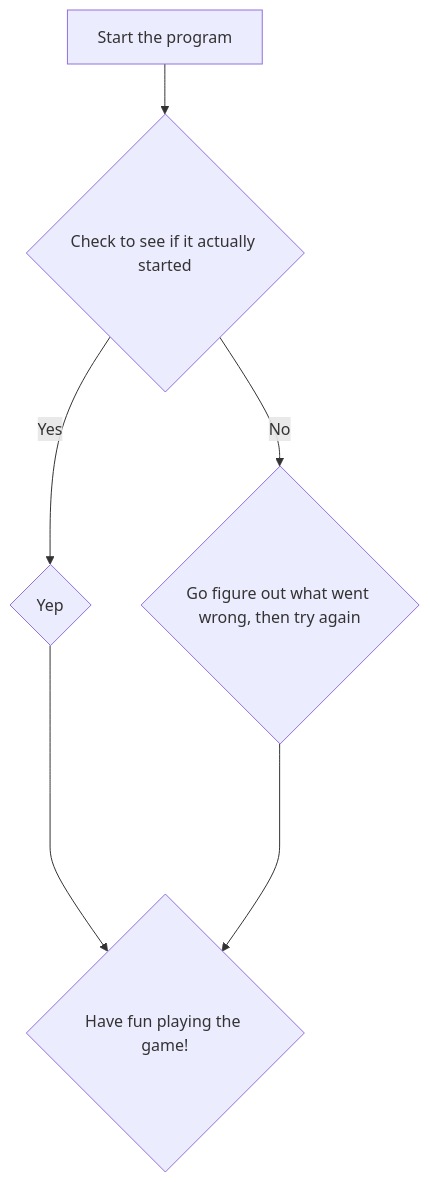
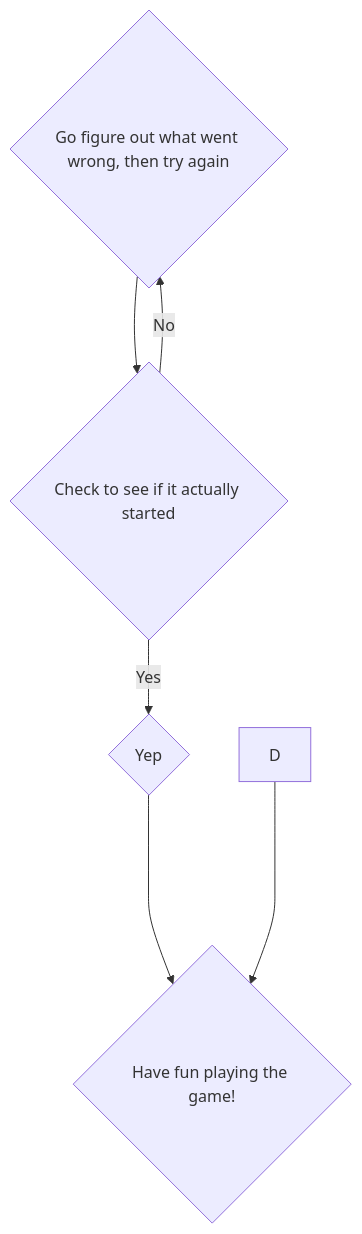
Before and after one commit to NathanJ-NET/Web-PGM-Class: the diagram in guessing.md, drawn with Mermaid.

Commit message:
Update guessing.md
Changed flowchart for clarity

````diff
--- a/guessing.md
+++ b/guessing.md
@@ -1,8 +1,8 @@
 ```mermaid
 flowchart TD
   A[Start the program] --> B{Check to see if it actually started}
   B -- Yes --> C{Yep};
-  B -- No --> D{Go figure out what went wrong, then try again};
+  B -- No --> A{Go figure out what went wrong, then try again};
   C ----> E{Have fun playing the game!};
   D ----> E{Have fun playing the game!};
 ```
````
